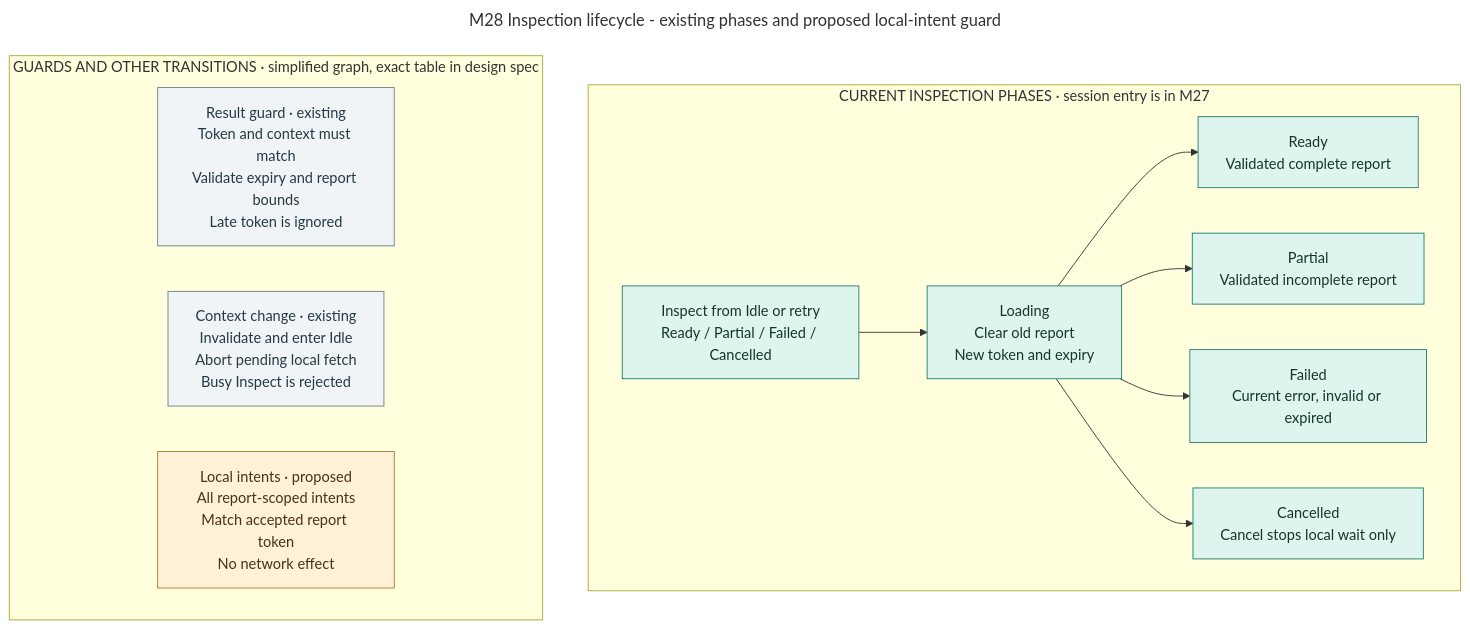
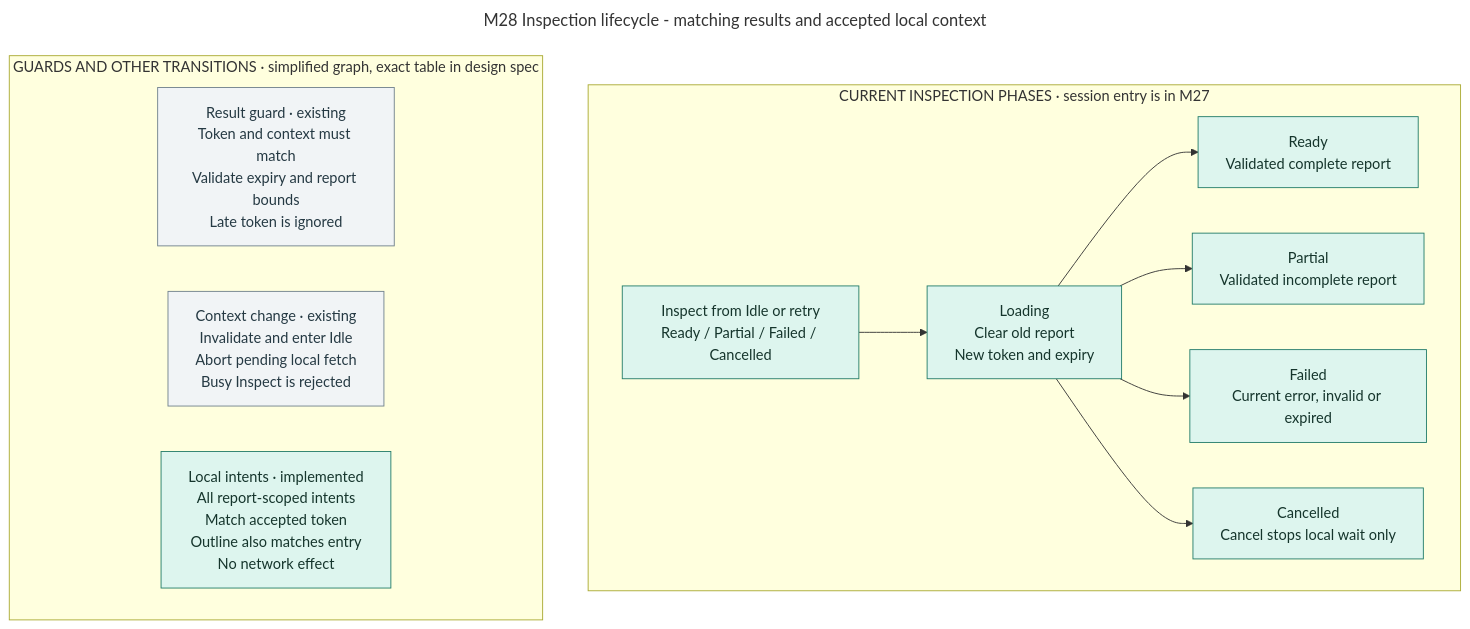
The diagram in docs/architecture/diagrams/mermaid/m28-ui-transitions.mmd (roachmaster/homelab), drawn with Mermaid before and after one commit. The commit also changed 45 other files, not shown here.

```diff
--- a/docs/architecture/diagrams/mermaid/m28-ui-transitions.mmd
+++ b/docs/architecture/diagrams/mermaid/m28-ui-transitions.mmd
@@ -1,30 +1,30 @@
 ---
-title: M28 Inspection lifecycle - existing phases and proposed local-intent guard
+title: M28 Inspection lifecycle - matching results and accepted local context
 ---
 flowchart TB
   subgraph lifecycle["CURRENT INSPECTION PHASES · session entry is in M27"]
     direction LR
     I["Inspect from Idle or retry<br/>Ready / Partial / Failed / Cancelled"]
     L["Loading<br/>Clear old report<br/>New token and expiry"]
     R["Ready<br/>Validated complete report"]
     A["Partial<br/>Validated incomplete report"]
     F["Failed<br/>Current error, invalid or expired"]
     C["Cancelled<br/>Cancel stops local wait only"]
     I --> L
     L --> R
     L --> A
     L --> F
     L --> C
   end
   subgraph guards["GUARDS AND OTHER TRANSITIONS · simplified graph, exact table in design spec"]
     direction LR
     G["Result guard · existing<br/>Token and context must match<br/>Validate expiry and report bounds<br/>Late token is ignored"]
     N["Context change · existing<br/>Invalidate and enter Idle<br/>Abort pending local fetch<br/>Busy Inspect is rejected"]
-    X["Local intents · proposed<br/>All report-scoped intents<br/>Match accepted report token<br/>No network effect"]
+    X["Local intents · implemented<br/>All report-scoped intents<br/>Match accepted token<br/>Outline also matches entry<br/>No network effect"]
   end
   classDef existing fill:#ddf5ee,stroke:#247d6a,color:#15352c;
   classDef proposed fill:#fff1d6,stroke:#ae7b26,color:#473216;
   classDef note fill:#f1f4f6,stroke:#71828d,color:#253943;
   class I,L,R,A,F,C existing;
-  class X proposed;
+  class X existing;
   class G,N note;
```
